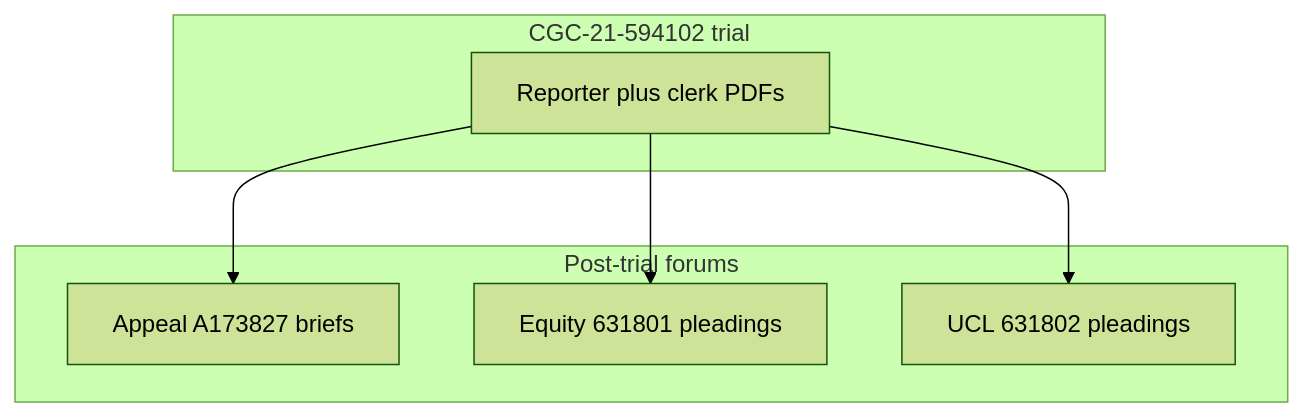
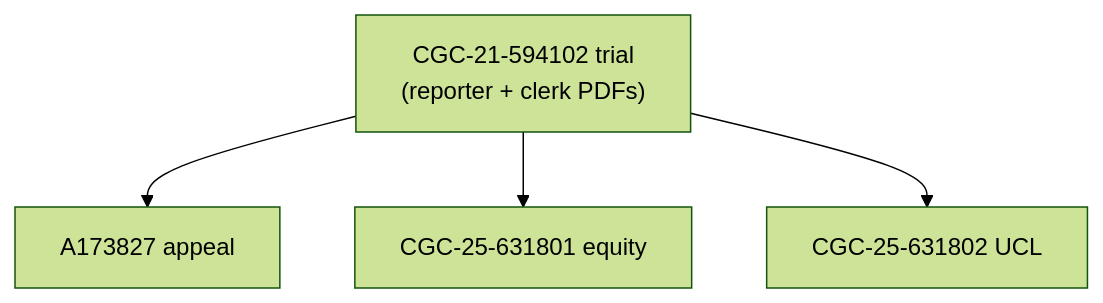
Before and after one commit to Municipal-Public-Trust-in-A-i/CSAA-ABDELHALIM-WONG-PSA-CSK: the second of 3 diagrams in README.md, drawn with Mermaid (forest theme). The commit also changed other lines of this file, not shown here.

````diff
--- a/README.md
+++ b/README.md
@@ -92,14 +94,10 @@
 ```mermaid
 flowchart TB
-  subgraph trial ["CGC-21-594102 trial"]
-    TR["Reporter plus clerk PDFs"]
-  end
-  subgraph post ["Post-trial forums"]
-    AP["Appeal A173827 briefs"]
-    EQ["Equity 631801 pleadings"]
-    UC["UCL 631802 pleadings"]
-  end
+  TR["CGC-21-594102 trial<br/>(reporter + clerk PDFs)"]
+  AP["A173827 appeal"]
+  EQ["CGC-25-631801 equity"]
+  UC["CGC-25-631802 UCL"]
   TR --> AP
   TR --> EQ
   TR --> UC
 ```
````
